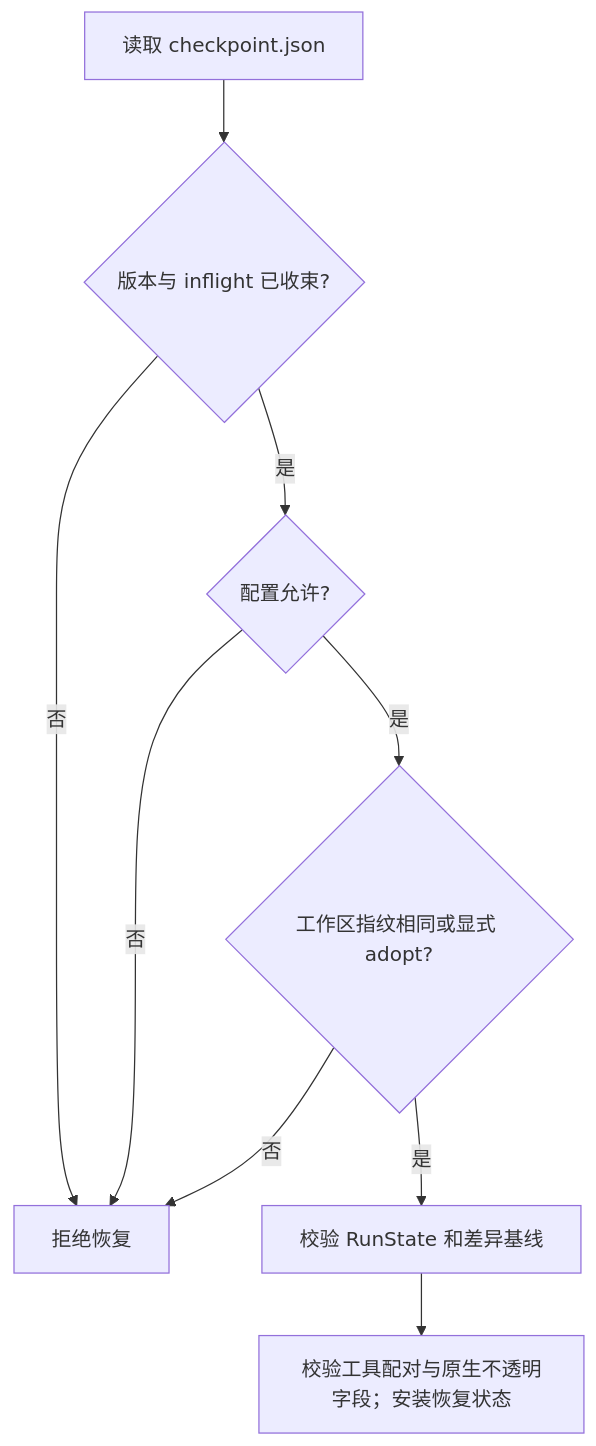
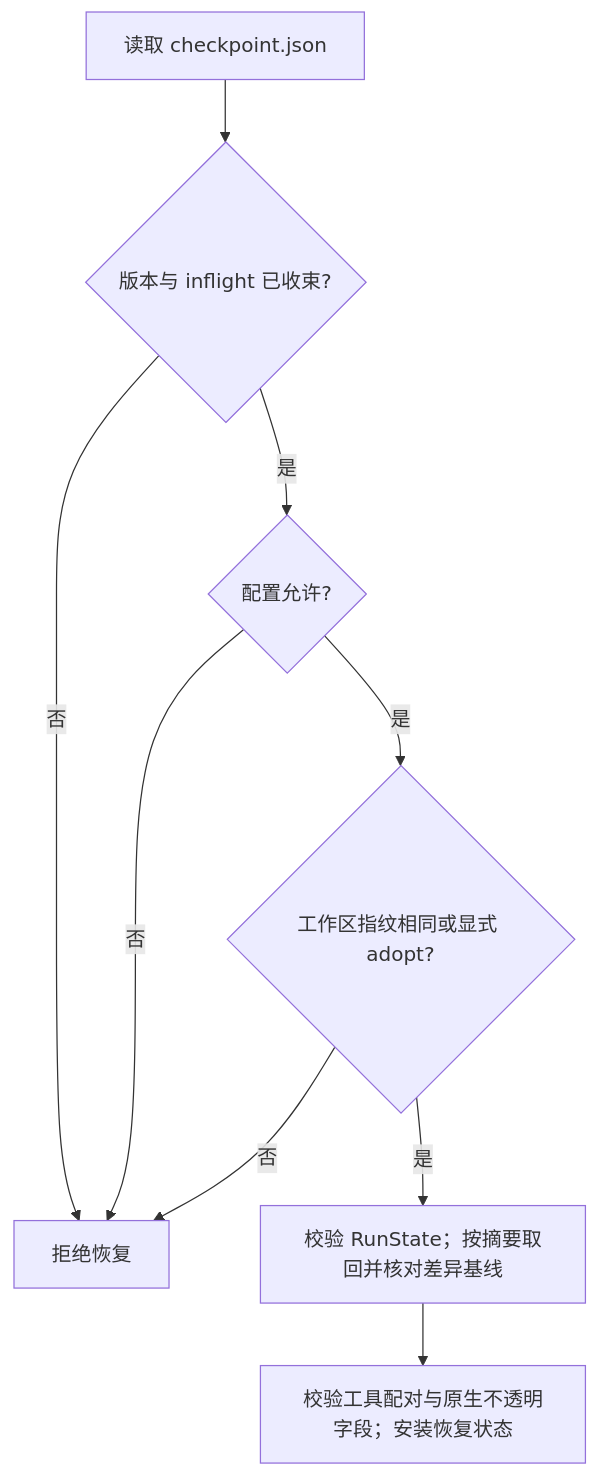
The diagram in docs/learning/09-checkpoint-resume.md (prossiblezero/Aster), drawn with Mermaid before and after one commit. The commit also changed other lines of this file and 7 other files, not shown here.

````diff
--- a/docs/learning/09-checkpoint-resume.md
+++ b/docs/learning/09-checkpoint-resume.md
@@ -23,11 +23,11 @@
 ```mermaid
 flowchart TD
     A[读取 checkpoint.json] --> B{版本与 inflight 已收束?}
     B -->|否| X[拒绝恢复]
     B -->|是| C{配置允许?}
     C -->|否| X
     C -->|是| D{工作区指纹相同或显式 adopt?}
     D -->|否| X
-    D -->|是| E[校验 RunState 和差异基线]
+    D -->|是| E[校验 RunState；按摘要取回并核对差异基线]
     E --> F[校验工具配对与原生不透明字段；安装恢复状态]
 ```
````
